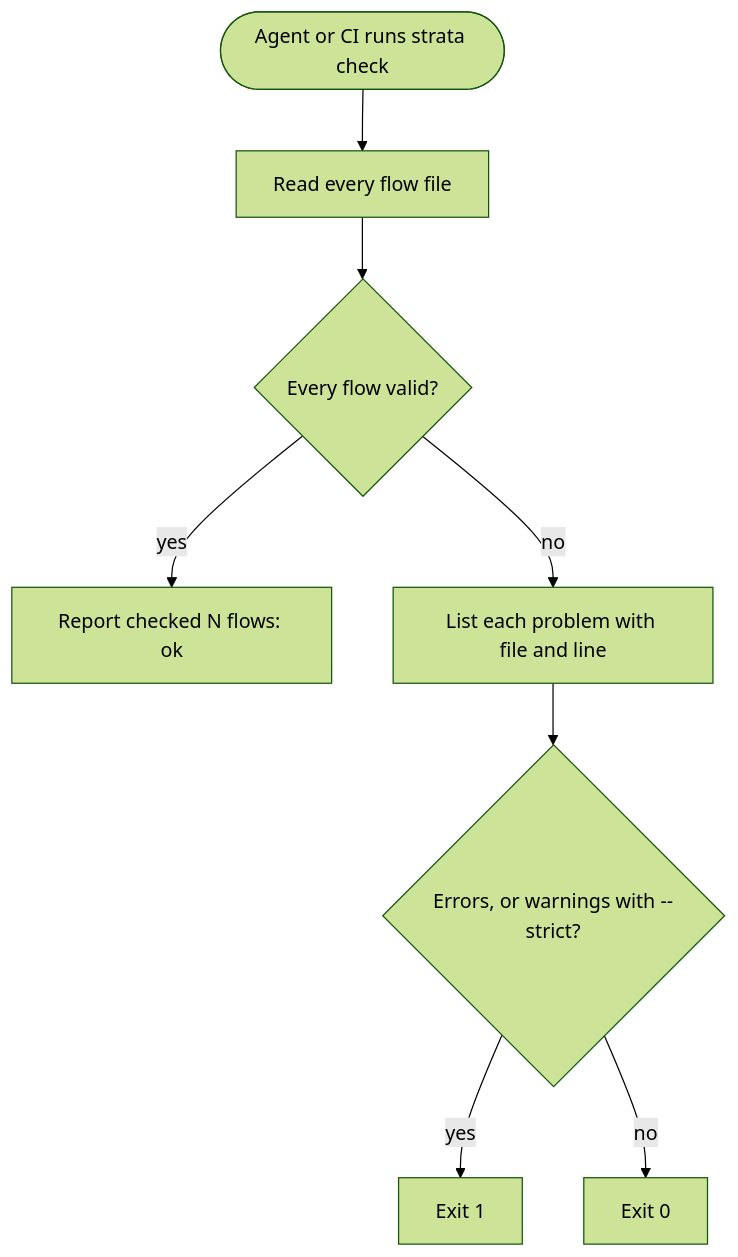
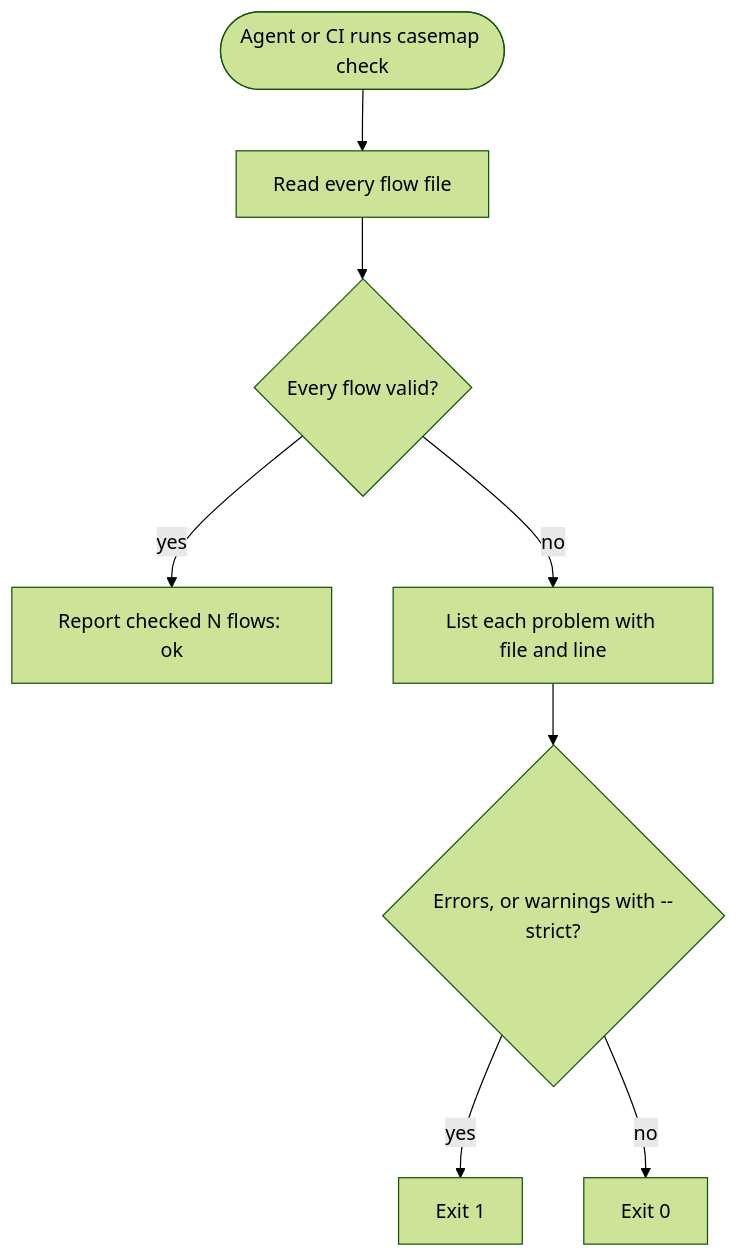
Before and after one commit to Ross-cripto/casemap: the diagram in docs/flows/check-the-catalog.md, drawn with Mermaid (forest theme). The commit also changed 65 other files, not shown here.

First line of the commit message:
chore: rename the product from strata to casemap

````diff
--- a/docs/flows/check-the-catalog.md
+++ b/docs/flows/check-the-catalog.md
@@ -5,11 +5,11 @@
 ```mermaid
 flowchart TD
-    who([Agent or CI runs strata check]) --> read[Read every flow file]
+    who([Agent or CI runs casemap check]) --> read[Read every flow file]
     read --> rules{Every flow valid?}
     rules -->|yes| ok[Report checked N flows: ok]
     rules -->|no| report[List each problem with file and line]
     report --> strict{Errors, or warnings with --strict?}
     strict -->|yes| fail[Exit 1]
     strict -->|no| pass[Exit 0]
     %% @code rules src/check.rs src/anchors.rs
 ```
````
